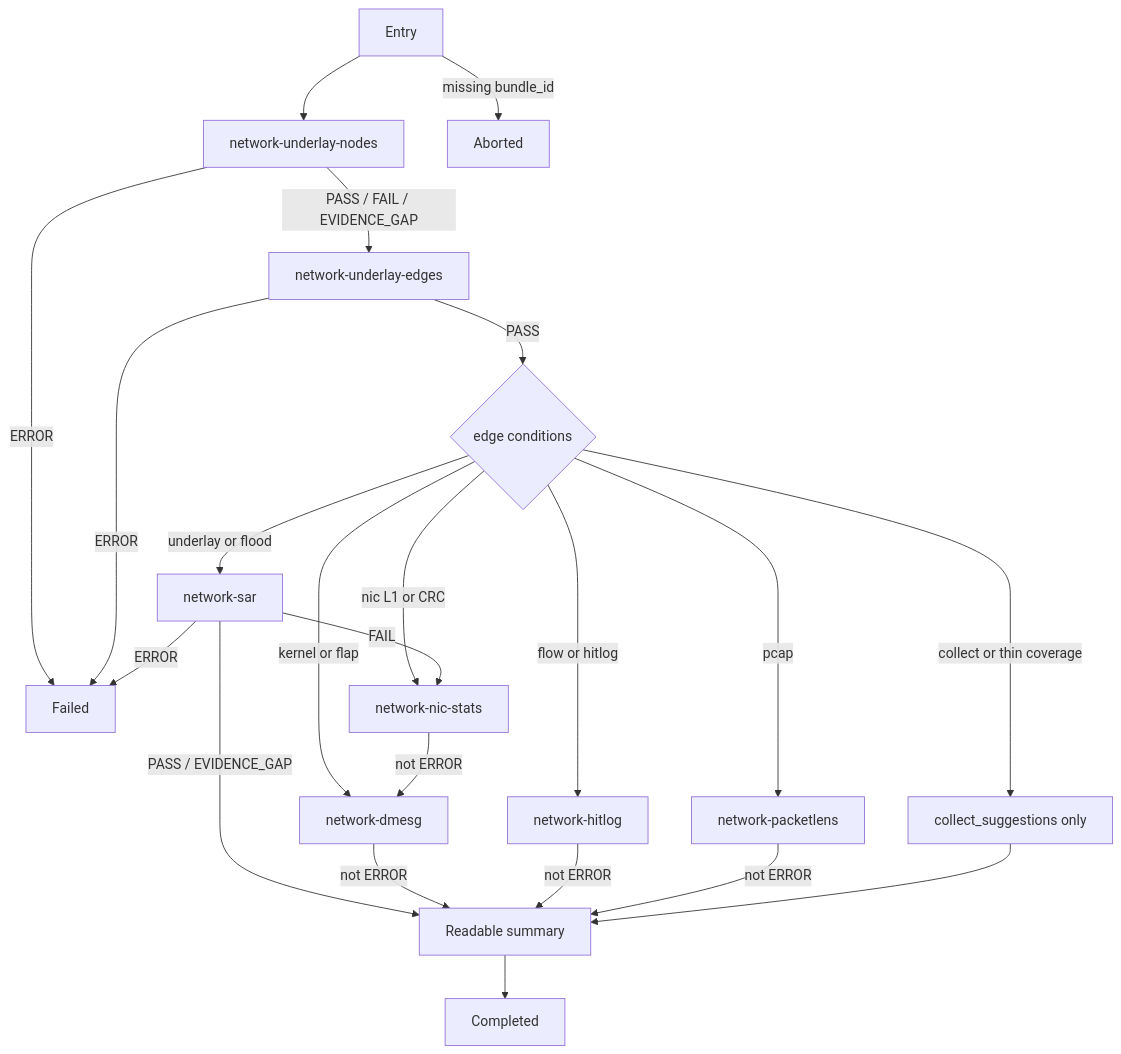
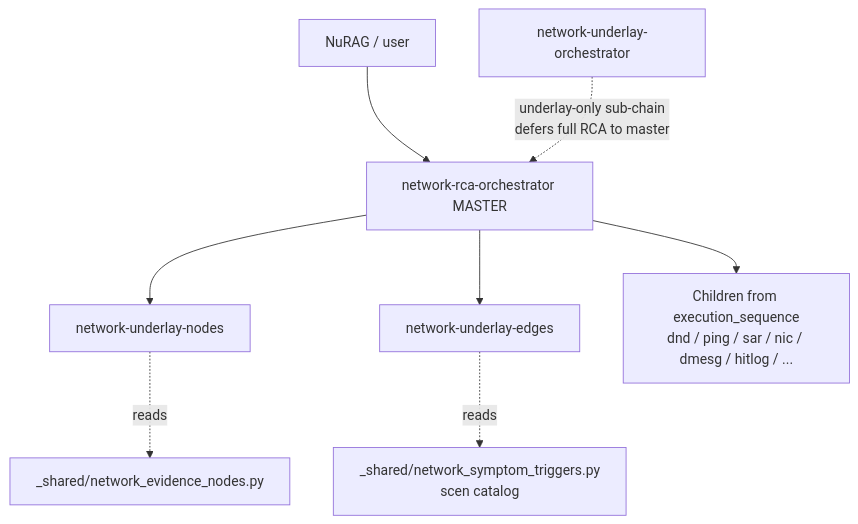
One commit to rakeshnutest/flow_pc_dump_for_neo4j changed the ninth of 17 diagrams in GARUDA_DESIGN.md. Above: the diagram before and after it, drawn with Mermaid. The commit also changed other lines of this file, not shown here.

Commit message:
Update the Garuda design to the networking RCA flow.

````diff
--- a/GARUDA_DESIGN.md
+++ b/GARUDA_DESIGN.md
@@ -103,29 +254,10 @@
 ```mermaid
-graph TD
-  Entry --> Nodes["network-underlay-nodes"]
-  Entry -->|missing bundle_id| Aborted
-
-  Nodes -->|PASS / FAIL / EVIDENCE_GAP| Edges["network-underlay-edges"]
-  Nodes -->|ERROR| Failed
-
-  Edges -->|PASS| Dispatch{"edge conditions"}
-  Edges -->|ERROR| Failed
-
-  Dispatch -->|underlay or flood| SAR["network-sar"]
-  Dispatch -->|nic L1 or CRC| NIC["network-nic-stats"]
-  Dispatch -->|kernel or flap| Dmesg["network-dmesg"]
-  Dispatch -->|flow or hitlog| Hitlog["network-hitlog"]
-  Dispatch -->|pcap| Pcap["network-packetlens"]
-  Dispatch -->|collect or thin coverage| Suggest["collect_suggestions only"]
-
-  SAR -->|FAIL| NIC
-  SAR -->|PASS / EVIDENCE_GAP| Synth["Readable summary"]
-  SAR -->|ERROR| Failed
-
-  NIC -->|not ERROR| Dmesg
-  Dmesg -->|not ERROR| Synth
-  Hitlog -->|not ERROR| Synth
-  Pcap -->|not ERROR| Synth
-  Suggest --> Synth
-  Synth --> Completed
+flowchart TD
+  U["NuRAG / user"] --> M["network-rca-orchestrator MASTER"]
+  M --> N["network-underlay-nodes"]
+  M --> E["network-underlay-edges"]
+  M --> Dig["Children from execution_sequence<br/>dnd / ping / sar / nic / dmesg / hitlog / ..."]
+  E -.->|reads| Cat["_shared/network_symptom_triggers.py<br/>scen catalog"]
+  N -.->|reads| Ev["_shared/network_evidence_nodes.py"]
+  Sub["network-underlay-orchestrator"] -.->|underlay-only sub-chain<br/>defers full RCA to master| M
 ```
````
